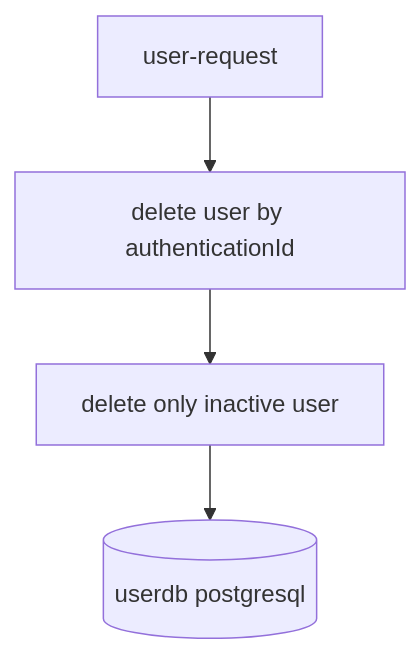
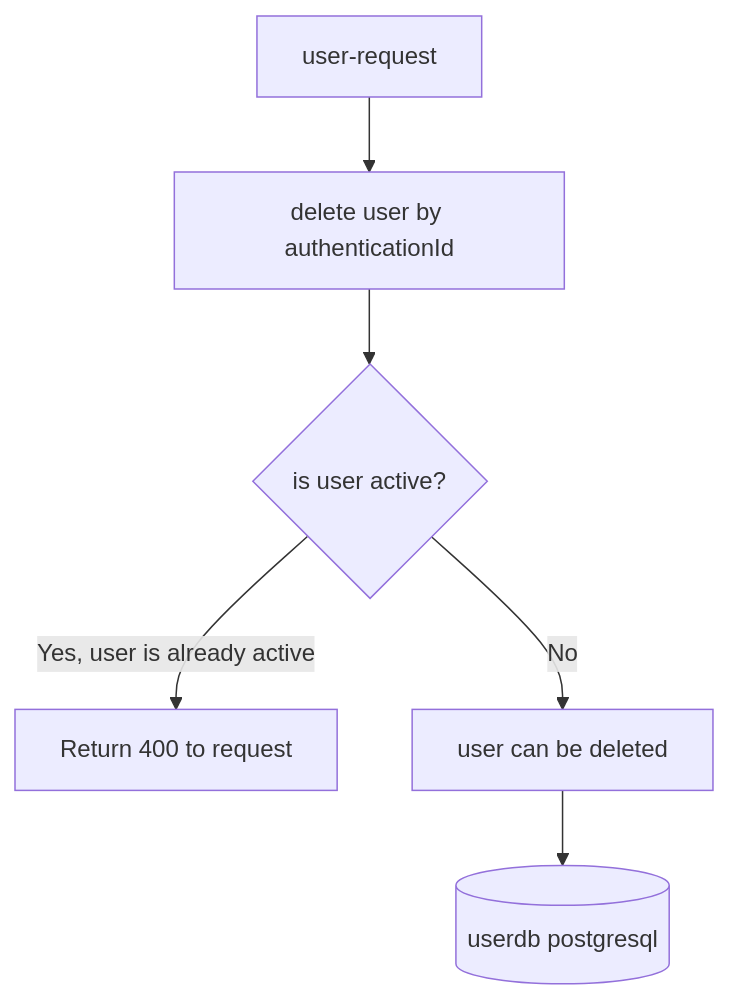
Before and after one commit to sonamsamdupkhangsar/user-rest-service: the ninth of 9 diagrams in README.md, drawn with Mermaid.

Commit message:
add flowchart

````diff
--- a/README.md
+++ b/README.md
@@ -156,6 +156,8 @@
 ```mermaid
 flowchart TD
   User[user-request] --> deleteUser[delete user by authenticationId]
-  deleteUser --> deleteUserIfNotActive[delete only inactive user]
-  deleteUserIfNotActive --> userDb[(userdb postgresql)]
+  deleteUser --> isUserActive{is user active?}
+  isUserActive -->|Yes, user is already active| returnError[Return 400 to request]
+  isUserActive -->|No| canDeleteUser[user can be deleted]
+  canDeleteUser --> userDb[(userdb postgresql)]
 ```
````
